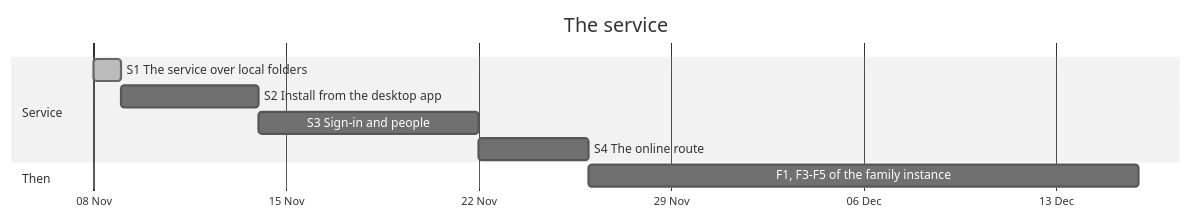
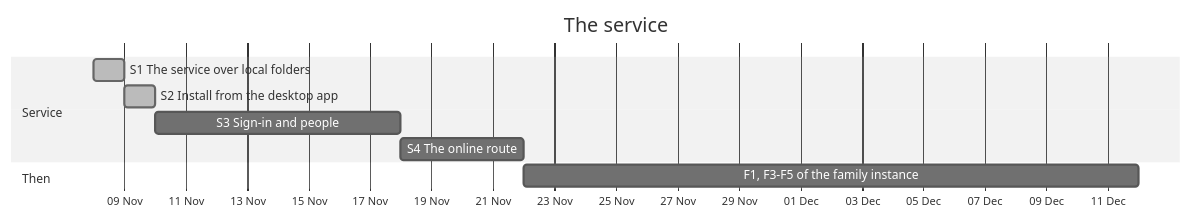
One commit to jgermade/jackbird changed the diagram in ROADMAP/2026-11-08/service.md. Above: the diagram before and after it, drawn with Mermaid (neutral theme). The commit also changed other lines of this file and 1 other file, not shown here.

Commit message:
docs(record): S2 done, CI installs and removes the service on the three systems; the roadmap
Claude-Session: https://claude.ai/code/session_01MzSwwVNBK98EGxbSF1exh9

````diff
--- a/ROADMAP/2026-11-08/service.md
+++ b/ROADMAP/2026-11-08/service.md
@@ -15,13 +15,13 @@
 ```mermaid
 gantt
   title The service
   dateFormat YYYY-MM-DD
   axisFormat %d %b
   section Service
     S1 The service over local folders              :done, s1, 2026-11-08, 1d
-    S2 Install from the desktop app                :s2, after s1, 5d
+    S2 Install from the desktop app                :done, s2, after s1, 1d
     S3 Sign-in and people                          :s3, after s2, 8d
     S4 The online route                            :s4, after s3, 4d
   section Then
     F1, F3-F5 of the family instance               :f, after s4, 20d
 ```
````
